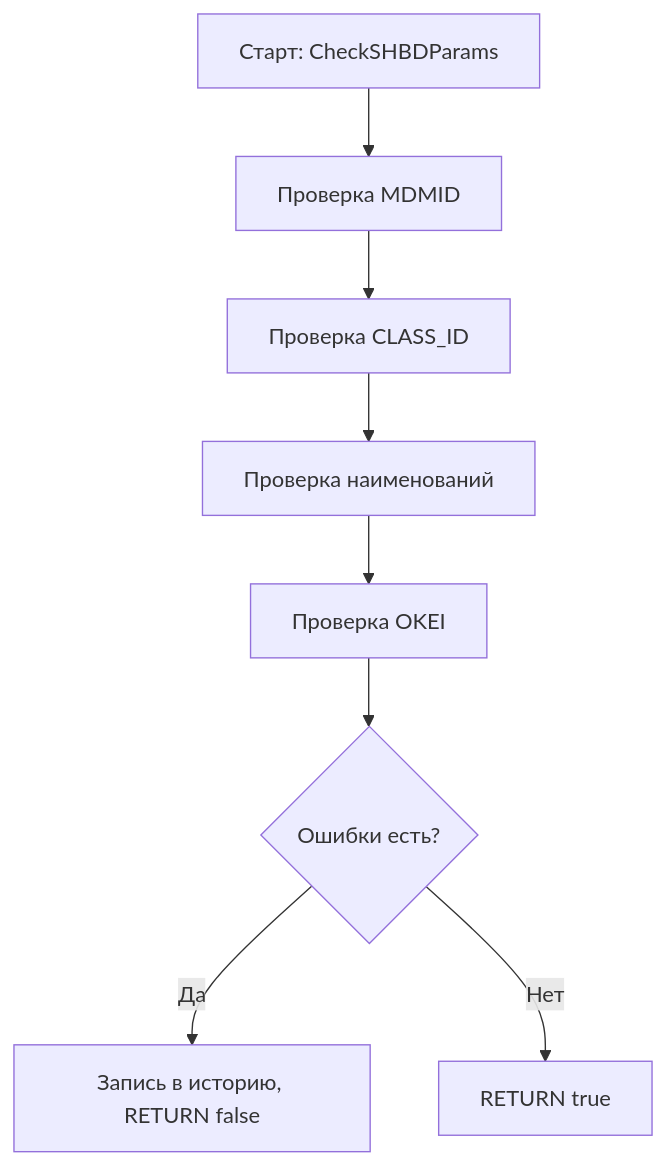
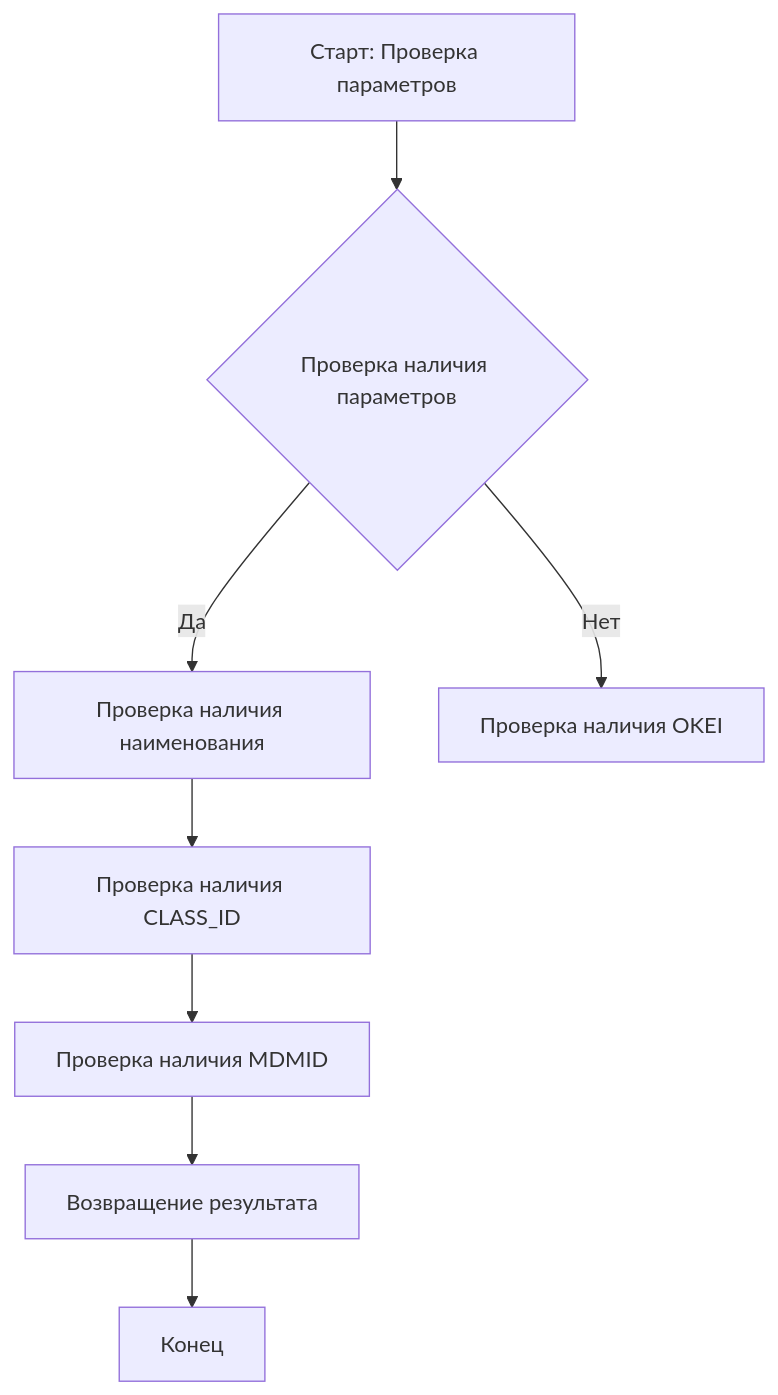
The fourth of 20 diagrams in README.md (fivec/topsoft.JAM), drawn with Mermaid before and after one commit. The commit also changed other lines of this file, not shown here.

````diff
--- a/README.md
+++ b/README.md
@@ -145,10 +167,10 @@
 ```mermaid
 flowchart TD
-A[Старт: CheckSHBDParams] --> B[Проверка MDMID]
-B --> C[Проверка CLASS_ID]
-C --> D[Проверка наименований]
-D --> E[Проверка OKEI]
-E --> F{Ошибки есть?}
-F -- Да --> G[Запись в историю, RETURN false]
-F -- Нет --> H[RETURN true]
+    A[Старт: Проверка параметров] --> B{Проверка наличия параметров}
+    B -- Да --> C[Проверка наличия наименования]
+    B -- Нет --> D[Проверка наличия OKEI]
+    C --> E[Проверка наличия CLASS_ID]
+    E --> F[Проверка наличия MDMID]
+    F --> G[Возвращение результата]
+    G --> H[Конец]
 ```
````
